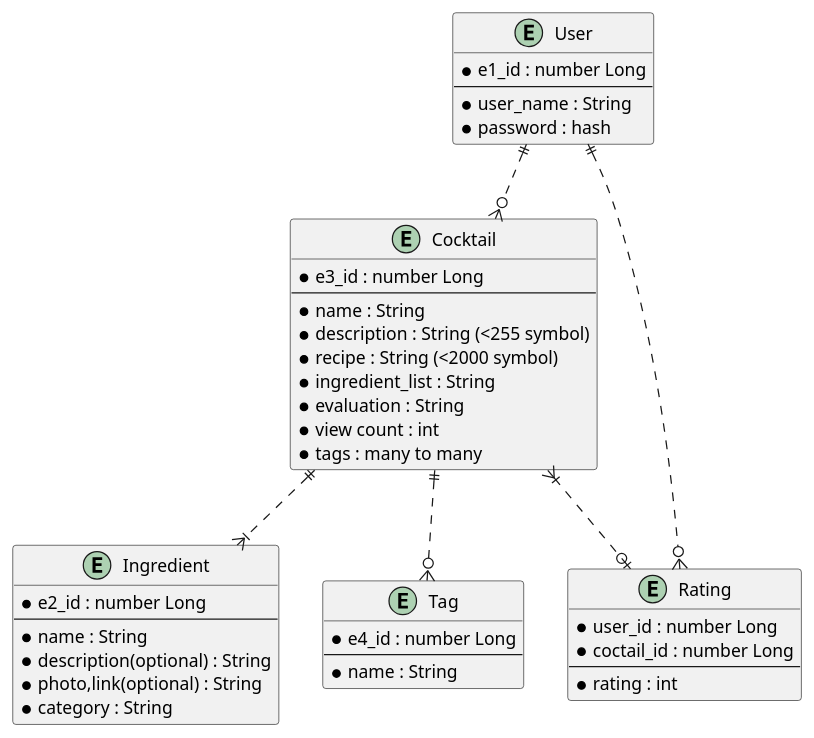
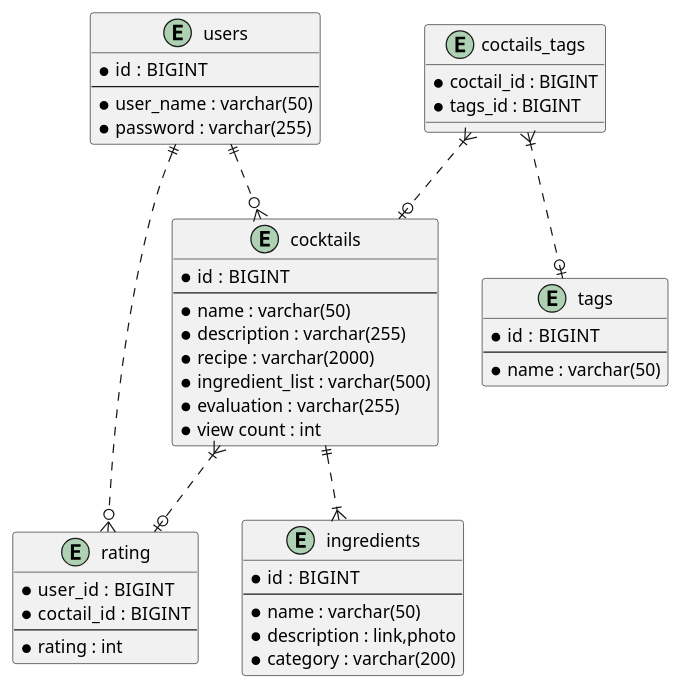
One commit to WUNDRZ/cocktail-book changed the diagram in coctail bar.puml. Above: the diagram before and after it, drawn with PlantUML.

Commit message:
внесены правки

```diff
--- a/coctail bar.puml
+++ b/coctail bar.puml
@@ -1,45 +1,54 @@
 @startuml
-entity "User" as 01{
-*e1_id : number Long
---
-*user_name : String
-*password : hash
+    entity users{
+        *id :  BIGINT
+        --
+        *user_name : varchar(50)
+        *password : varchar(255)
 }
-entity "Ingredient" as 02 {
-*e2_id : number Long
---
-*name : String
-*description(optional) : String
-*photo,link(optional) : String
-*category : String
+
+    entity ingredients{
+        *id :  BIGINT
+        --
+        *name : varchar(50)
+        *description : link,photo
+        *category : varchar(200)
 }
-entity "Cocktail" as 03 {
-*e3_id : number Long
---
-*name : String
-*description : String (<255 symbol)
-*recipe : String (<2000 symbol)
-*ingredient_list : String
-*evaluation : String
-*view count : int
-*tags : many to many
+
+    entity cocktails {
+        *id :  BIGINT
+        --
+        *name : varchar(50)
+        *description : varchar(255)
+        *recipe : varchar(2000)
+        *ingredient_list : varchar(500)
+        *evaluation : varchar(255)
+        *view count : int
 }
-entity "Tag" as 04{
-*e4_id : number Long
---
-*name : String
+
+    entity tags {
+        *id :  BIGINT
+        --
+        *name : varchar(50)
 }
-entity "Rating" as 05{
-*user_id : number Long
-*coctail_id : number Long
---
-* rating : int
+
+    entity rating{
+        *user_id :  BIGINT
+        *coctail_id :  BIGINT
+        --
+        * rating : int
 }
-01 ||..o{ 03
-01 ||..o{ 05
-03 }|..o| 05
-03 ||..|{ 02
-03 ||..o{ 04
+
+    entity coctails_tags {
+        *coctail_id : BIGINT
+        *tags_id : BIGINT
+    }
+
+    users ||..o{ cocktails
+    users ||..o{ rating
+    cocktails }|..o| rating
+    cocktails ||..|{ ingredients
+    coctails_tags }|..o| cocktails
+    coctails_tags }|..o| tags
 
 
 @enduml
```
